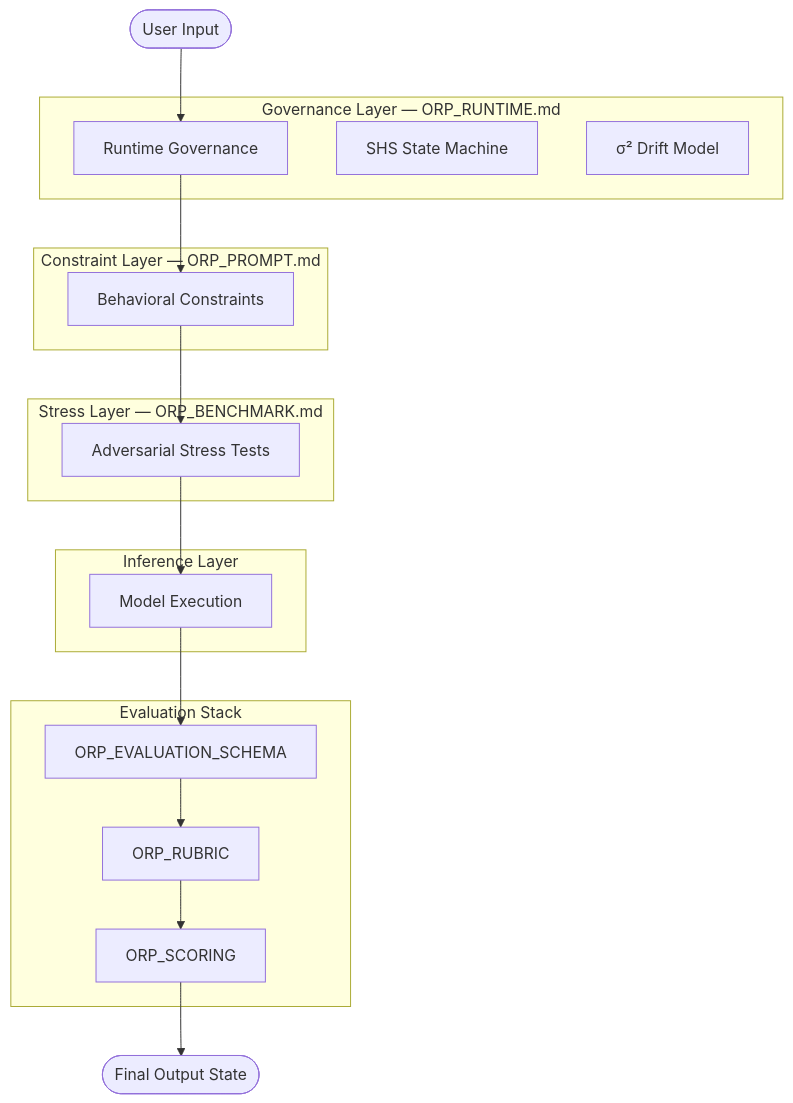
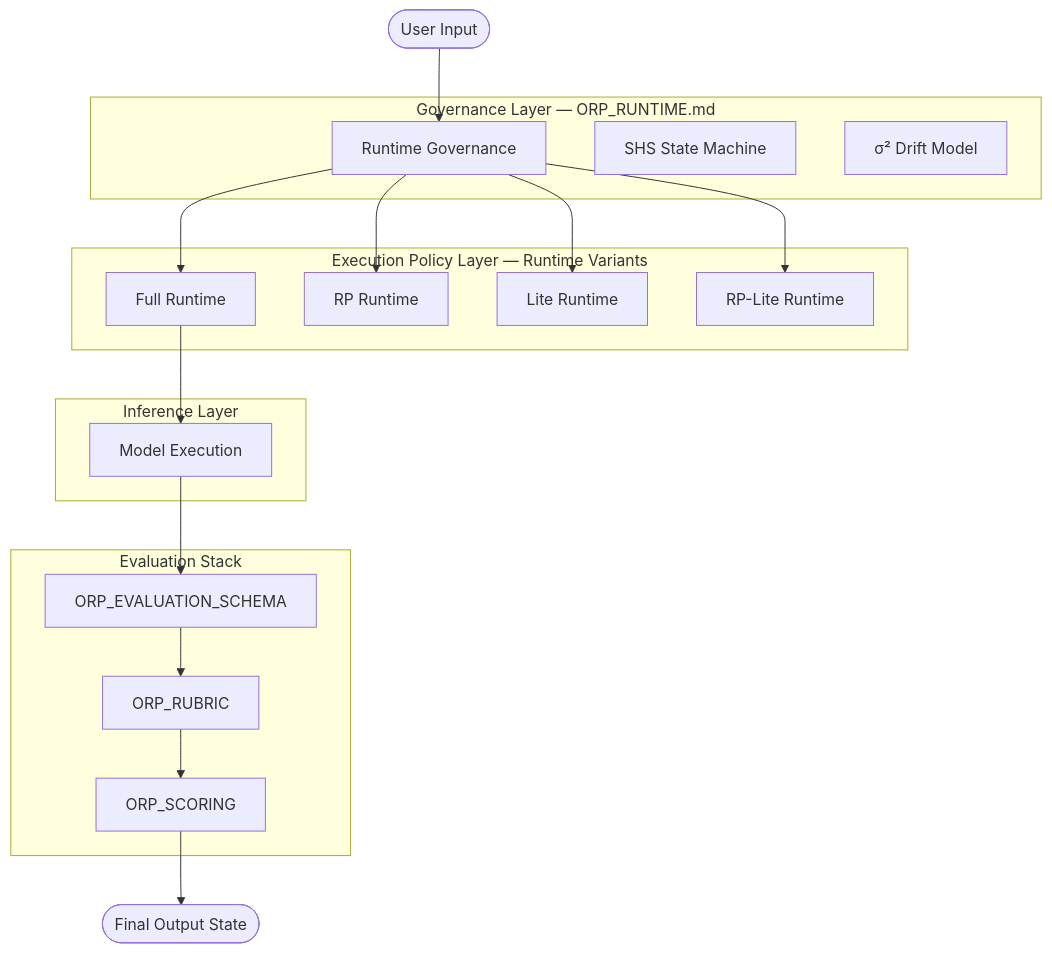
One commit to GeneralSergal/ORP changed the first of 2 diagrams in core/ORP_SYSTEM_MAP.md. Above: the diagram before and after it, drawn with Mermaid. The commit also changed other lines of this file, not shown here.

````diff
--- a/core/ORP_SYSTEM_MAP.md
+++ b/core/ORP_SYSTEM_MAP.md
@@ -83,33 +85,35 @@
 ```mermaid
 flowchart TD
 
     INPUT([User Input])
 
     subgraph L3[Governance Layer — ORP_RUNTIME.md]
         GOV[Runtime Governance]
         SHS[SHS State Machine]
         SIGMA[σ² Drift Model]
     end
 
-    subgraph L2[Constraint Layer — ORP_PROMPT.md]
-        PROMPT[Behavioral Constraints]
-    end
-
-    subgraph L2b[Stress Layer — ORP_BENCHMARK.md]
-        BENCH[Adversarial Stress Tests]
+    subgraph L2[Execution Policy Layer — Runtime Variants]
+        FULL[Full Runtime]
+        RP[RP Runtime]
+        LITE[Lite Runtime]
+        RPLITE[RP-Lite Runtime]
     end
 
     subgraph L1[Inference Layer]
         MODEL[Model Execution]
     end
 
     subgraph EVAL[Evaluation Stack]
         SCHEMA[ORP_EVALUATION_SCHEMA]
         RUBRIC[ORP_RUBRIC]
         SCORE[ORP_SCORING]
     end
 
     OUTPUT([Final Output State])
 
-    INPUT --> GOV --> PROMPT --> BENCH --> MODEL --> SCHEMA --> RUBRIC --> SCORE --> OUTPUT
+    INPUT --> GOV --> FULL --> MODEL --> SCHEMA --> RUBRIC --> SCORE --> OUTPUT
+    GOV --> RP
+    GOV --> LITE
+    GOV --> RPLITE
 ```
````
